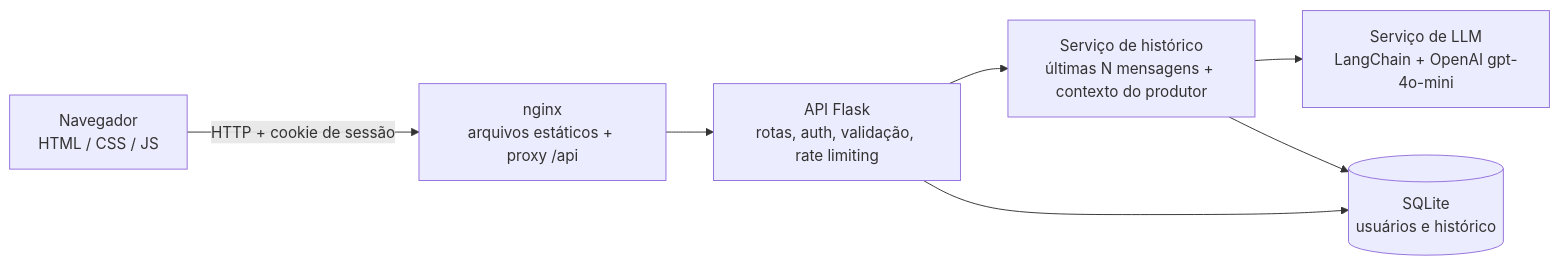
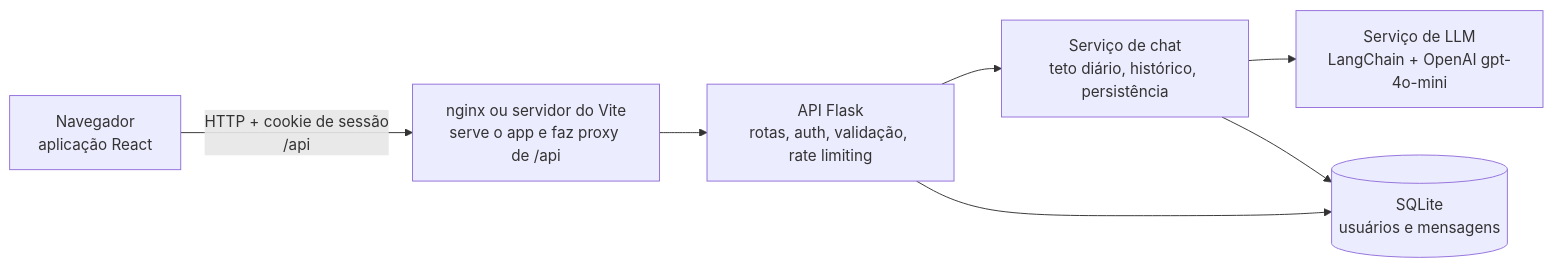
One commit to tiagoosm/SVDA_Fetin changed the diagram in README.pt-BR.md. Above: the diagram before and after it, drawn with Mermaid. The commit also changed other lines of this file and 11 other files, not shown here.

````diff
--- a/README.pt-BR.md
+++ b/README.pt-BR.md
@@ -52,9 +49,9 @@
 ```mermaid
 flowchart LR
-    U[Navegador<br/>HTML / CSS / JS] -->|HTTP + cookie de sessão| N[nginx<br/>arquivos estáticos + proxy /api]
-    N --> A[API Flask<br/>rotas, auth, validação, rate limiting]
-    A --> H[Serviço de histórico<br/>últimas N mensagens + contexto do produtor]
-    H --> L[Serviço de LLM<br/>LangChain + OpenAI gpt-4o-mini]
-    A --> D[(SQLite<br/>usuários e histórico)]
-    H --> D
+    U["Navegador<br/>aplicação React"] -->|"HTTP + cookie de sessão<br/>/api"| N["nginx ou servidor do Vite<br/>serve o app e faz proxy de /api"]
+    N --> A["API Flask<br/>rotas, auth, validação, rate limiting"]
+    A --> C["Serviço de chat<br/>teto diário, histórico, persistência"]
+    C --> L["Serviço de LLM<br/>LangChain + OpenAI gpt-4o-mini"]
+    C --> D[("SQLite<br/>usuários e mensagens")]
+    A --> D
 ```
````
